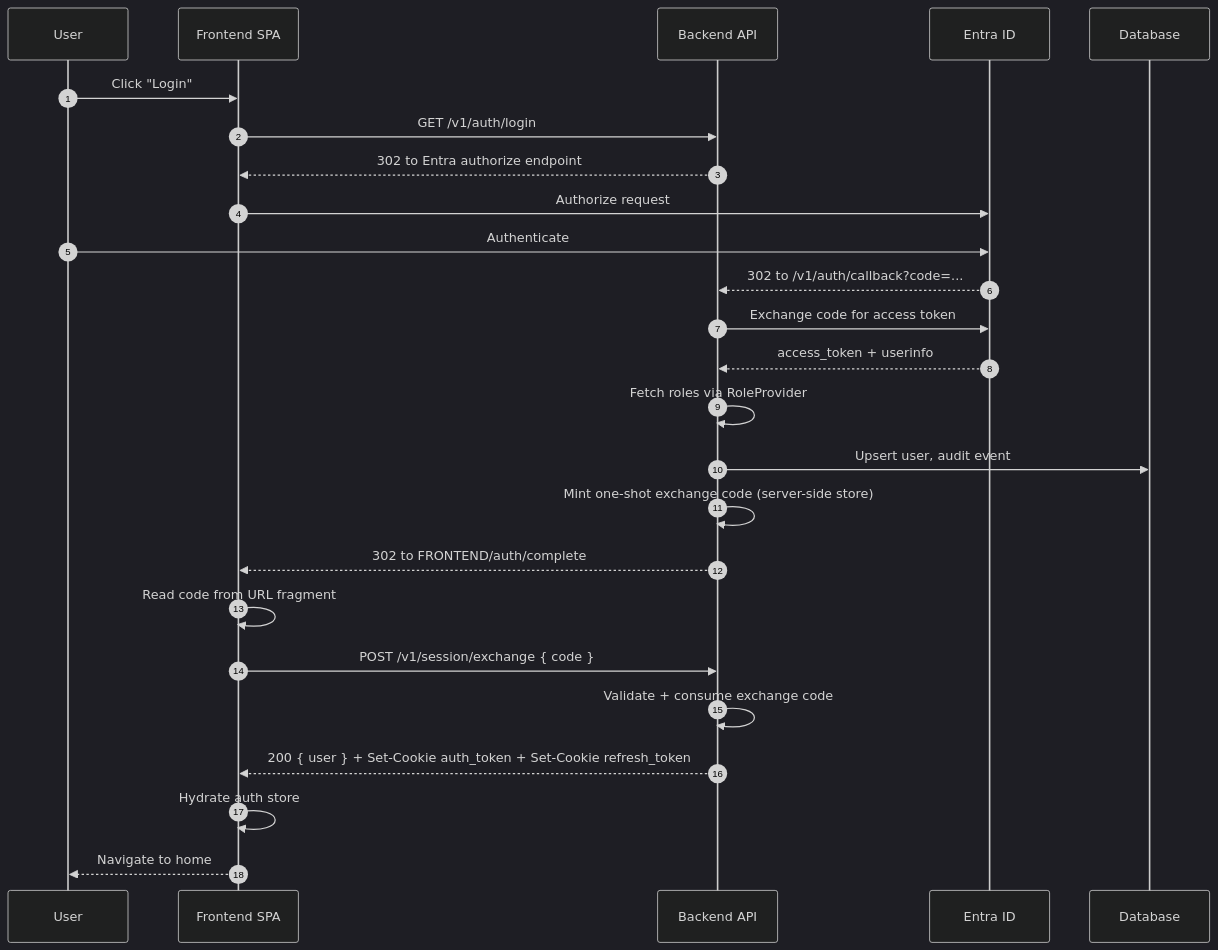
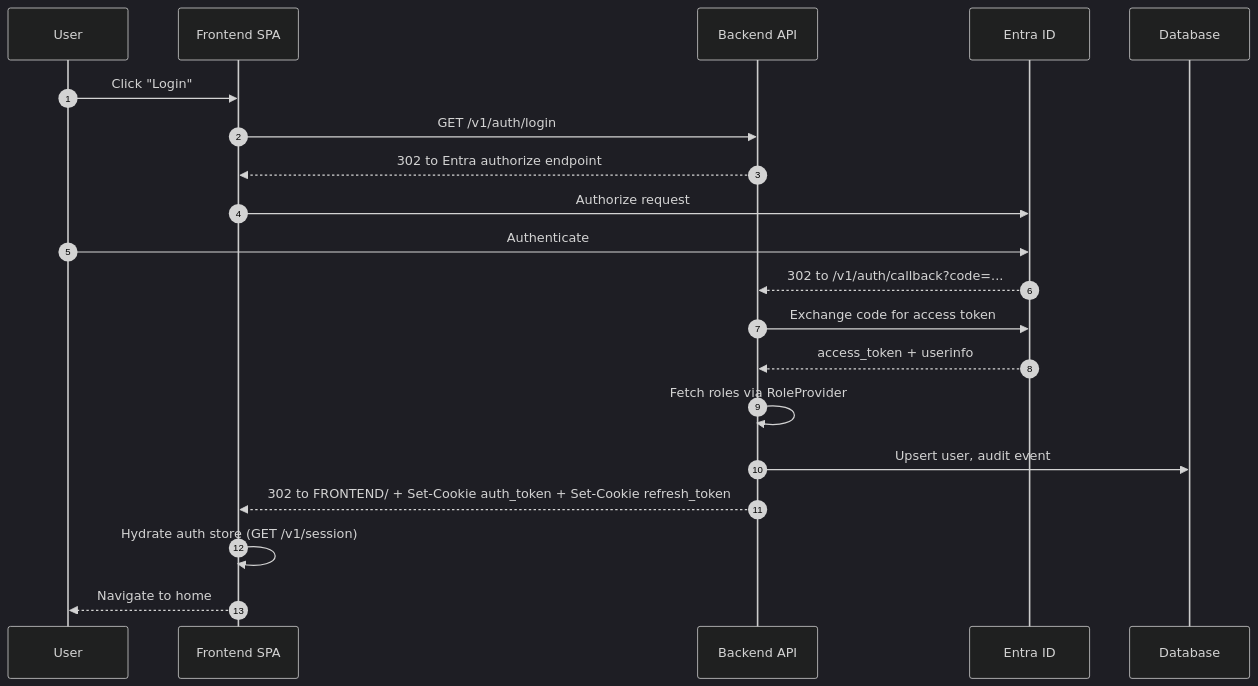
One commit to EPFL-ENAC/co2-calculator changed the second of 3 diagrams in docs/src/architecture/04-auth-flow.md. Above: the diagram before and after it, drawn with Mermaid (dark theme). The commit also changed other lines of this file and 1 other file, not shown here.

First line of the commit message:
docs: update auth-flow doc and mark ADR-019 superseded

````diff
--- a/docs/src/architecture/04-auth-flow.md
+++ b/docs/src/architecture/04-auth-flow.md
@@ -40,28 +38,23 @@
 ```mermaid
 sequenceDiagram
     autonumber
     participant U as User
     participant SPA as Frontend SPA
     participant API as Backend API
     participant Entra as Entra ID
     participant DB as Database
 
     U->>SPA: Click "Login"
     SPA->>API: GET /v1/auth/login
     API-->>SPA: 302 to Entra authorize endpoint
     SPA->>Entra: Authorize request
     U->>Entra: Authenticate
     Entra-->>API: 302 to /v1/auth/callback?code=...
     API->>Entra: Exchange code for access token
     Entra-->>API: access_token + userinfo
     API->>API: Fetch roles via RoleProvider
     API->>DB: Upsert user, audit event
-    API->>API: Mint one-shot exchange code (server-side store)
-    API-->>SPA: 302 to FRONTEND/auth/complete#code=<exchange_code>
-    SPA->>SPA: Read code from URL fragment
-    SPA->>API: POST /v1/session/exchange { code }
-    API->>API: Validate + consume exchange code
-    API-->>SPA: 200 { user } + Set-Cookie auth_token + Set-Cookie refresh_token
-    SPA->>SPA: Hydrate auth store
+    API-->>SPA: 302 to FRONTEND/ + Set-Cookie auth_token + Set-Cookie refresh_token
+    SPA->>SPA: Hydrate auth store (GET /v1/session)
     SPA-->>U: Navigate to home
 ```
````
